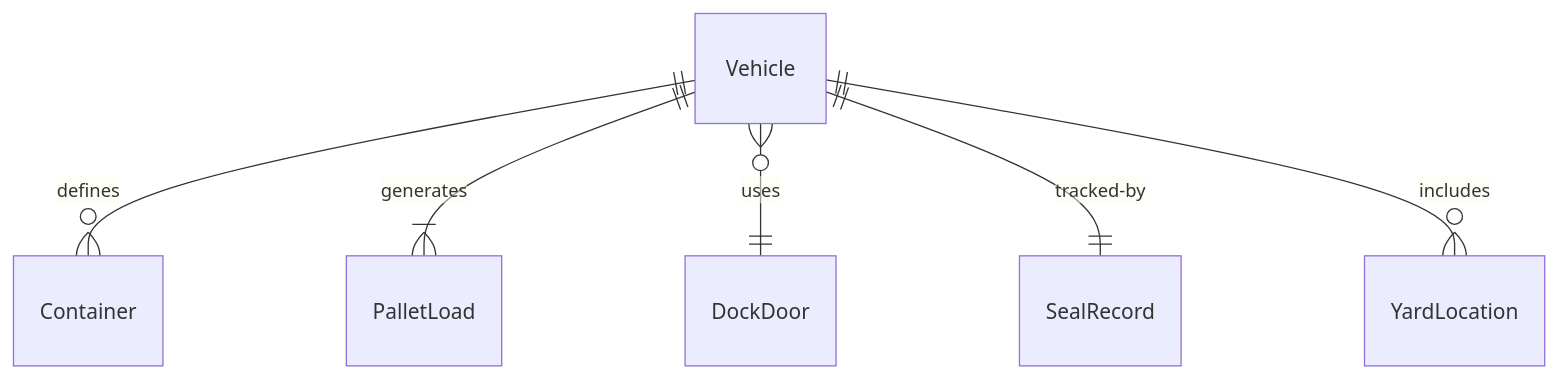
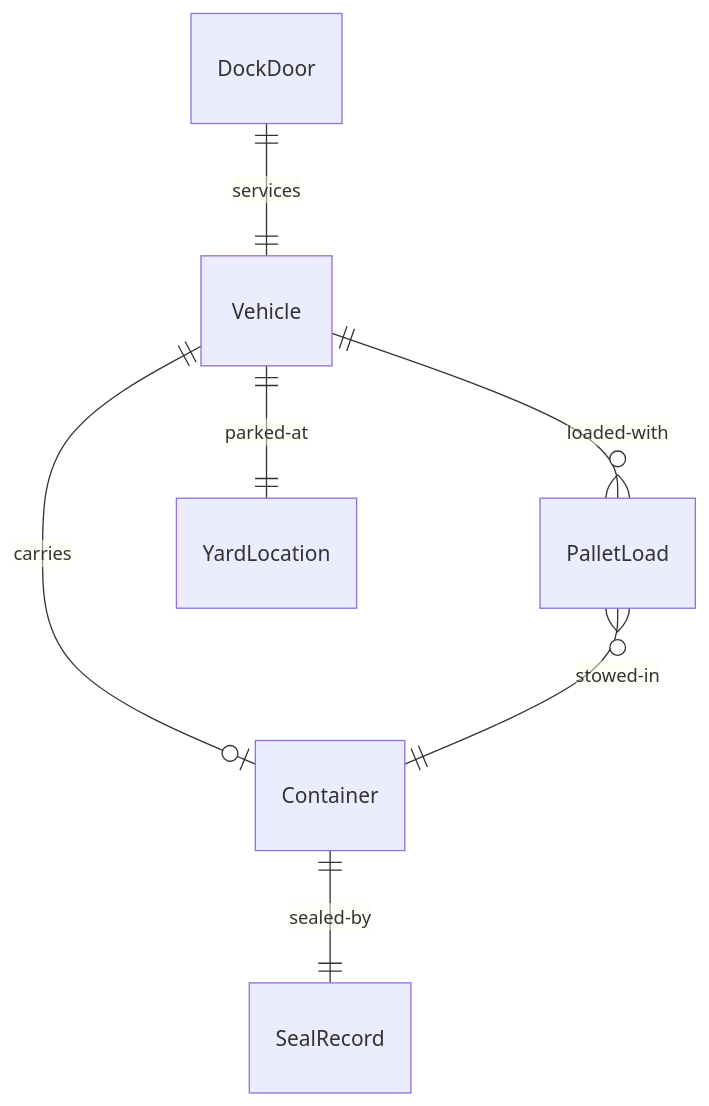
Before and after one commit to dot-org-ai/tasks.org.ai: the first of 4 diagrams in HandlingAndMovingObjects/HandleBaggageOrCargo/LoadUnloadVehiclesContainers.mdx, drawn with Mermaid. The commit also changed other lines of this file and 515 other files, not shown here.

````diff
--- a/HandlingAndMovingObjects/HandleBaggageOrCargo/LoadUnloadVehiclesContainers.mdx
+++ b/HandlingAndMovingObjects/HandleBaggageOrCargo/LoadUnloadVehiclesContainers.mdx
@@ -89,8 +89,9 @@
 ```mermaid
 erDiagram
-    Vehicle ||--o{ Container : "defines"
-    Vehicle ||--|{ PalletLoad : "generates"
-    Vehicle }o--|| DockDoor : "uses"
-    Vehicle ||--|| SealRecord : "tracked-by"
-    Vehicle ||--o{ YardLocation : "includes"
+    Vehicle ||--o| Container : "carries"
+    Vehicle ||--o{ PalletLoad : "loaded-with"
+    DockDoor ||--|| Vehicle : "services"
+    Container ||--|| SealRecord : "sealed-by"
+    Vehicle ||--|| YardLocation : "parked-at"
+    PalletLoad }o--|| Container : "stowed-in"
 ```
````
